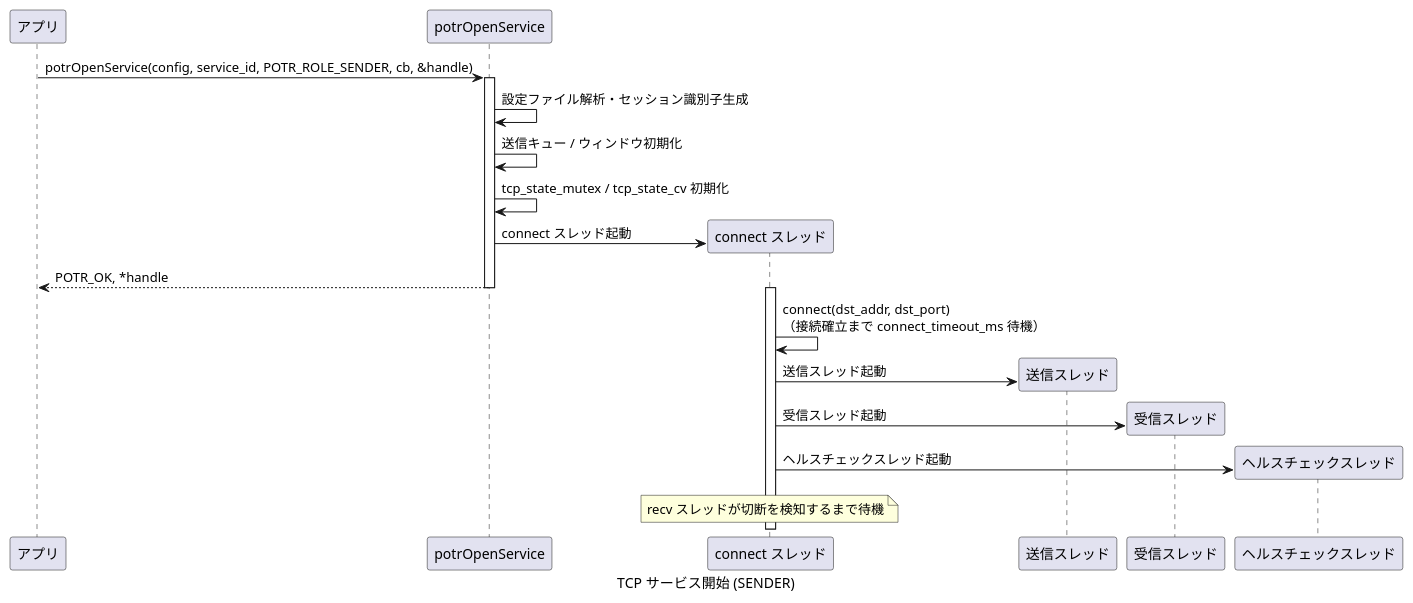
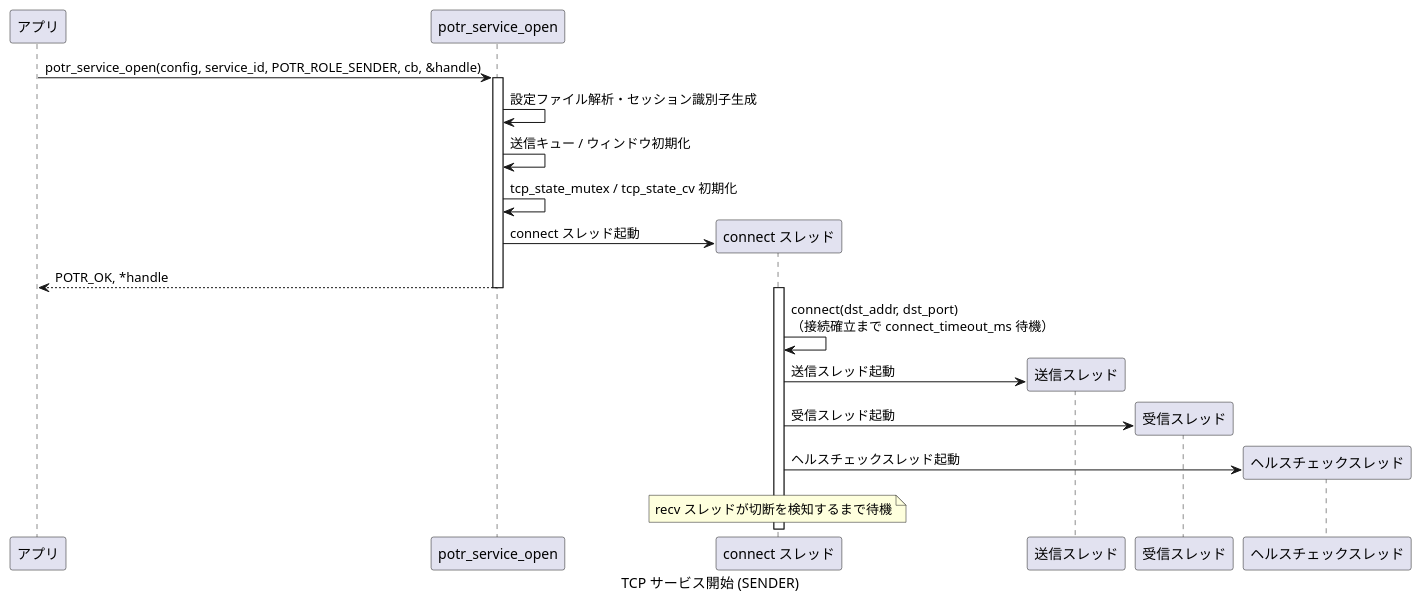
Before and after one commit to Hondarer/app_porter: diagram 22 of 30 in docs/sequence.md, drawn with PlantUML. The commit also changed other lines of this file and 148 other files, not shown here.

````diff
--- a/docs/sequence.md
+++ b/docs/sequence.md
@@ -791,31 +791,31 @@
 ```plantuml
 @startuml TCP サービス開始 (SENDER)
 caption TCP サービス開始 (SENDER)
 
 participant "アプリ" as APP
-participant "potrOpenService" as OPEN
+participant "potr_service_open" as OPEN
 participant "connect スレッド" as CT
 participant "送信スレッド" as ST
 participant "受信スレッド" as RT
 participant "ヘルスチェックスレッド" as HT
 
-APP -> OPEN: potrOpenService(config, service_id, POTR_ROLE_SENDER, cb, &handle)
+APP -> OPEN: potr_service_open(config, service_id, POTR_ROLE_SENDER, cb, &handle)
 activate OPEN
 OPEN -> OPEN: 設定ファイル解析・セッション識別子生成
 OPEN -> OPEN: 送信キュー / ウィンドウ初期化
 OPEN -> OPEN: tcp_state_mutex / tcp_state_cv 初期化
 
 OPEN -> CT**: connect スレッド起動
 OPEN --> APP: POTR_OK, *handle
 deactivate OPEN
 
 activate CT
 CT -> CT: connect(dst_addr, dst_port)\n（接続確立まで connect_timeout_ms 待機）
 CT -> ST**: 送信スレッド起動
 CT -> RT**: 受信スレッド起動
 CT -> HT**: ヘルスチェックスレッド起動
 
 note over CT: recv スレッドが切断を検知するまで待機
 
 @enduml
 ```
````
